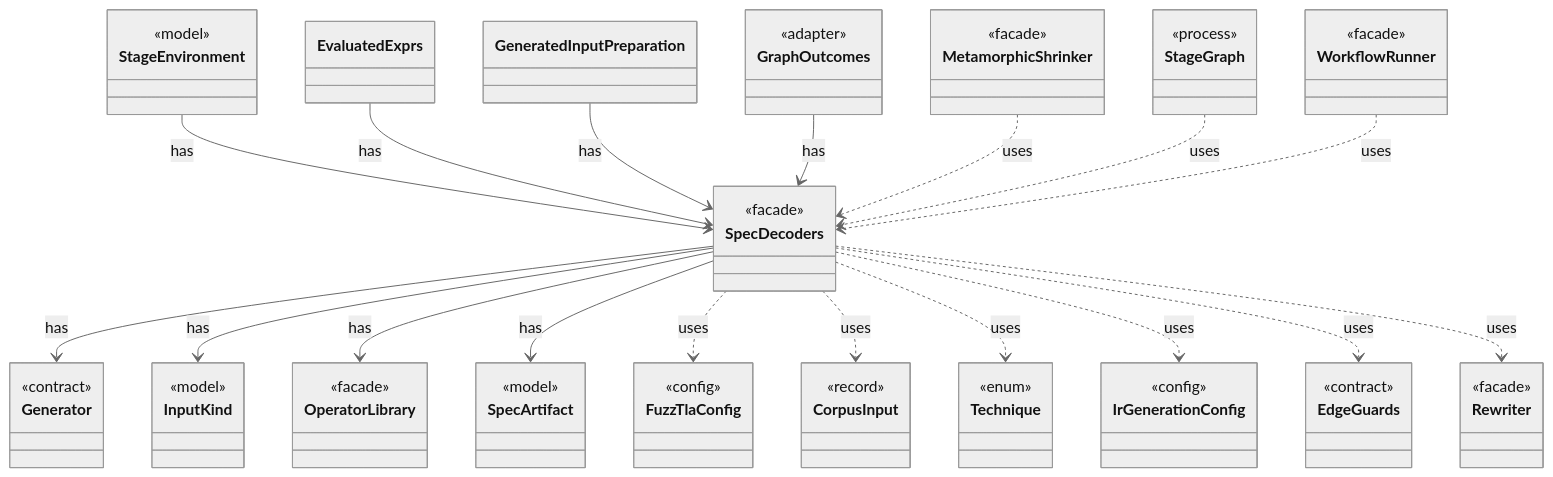
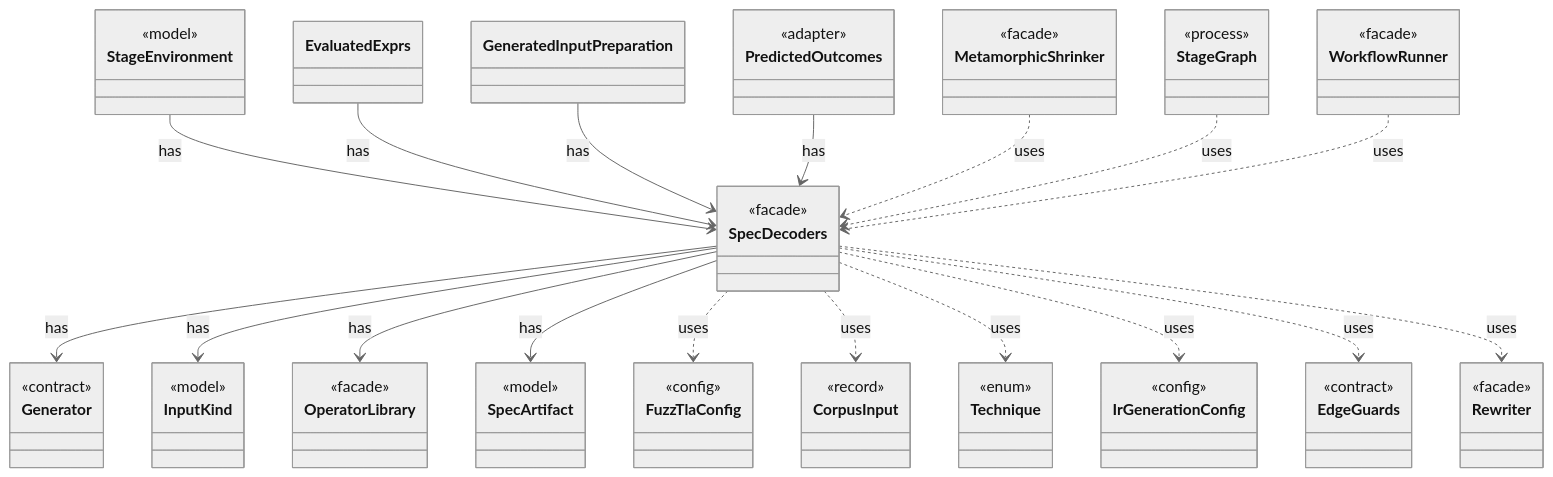
Before and after one commit to tlaplus/model-checker-hardening: the diagram in dev/types/io.github.tlaplus.hardening.workflow.spec.SpecDecoders.md, drawn with Mermaid (neutral theme). The commit also changed other lines of this file and 454 other files, not shown here.

````diff
--- a/dev/types/io.github.tlaplus.hardening.workflow.spec.SpecDecoders.md
+++ b/dev/types/io.github.tlaplus.hardening.workflow.spec.SpecDecoders.md
@@ -7,70 +7,70 @@
 ```mermaid
 classDiagram
   class SpecDecoders {
     <<facade>>
   }
   class Generator {
     <<contract>>
   }
   class InputKind {
     <<model>>
   }
   class OperatorLibrary {
     <<facade>>
   }
   class SpecArtifact {
     <<model>>
   }
   class StageEnvironment {
     <<model>>
   }
   class EvaluatedExprs
   class GeneratedInputPreparation
-  class GraphOutcomes {
+  class PredictedOutcomes {
     <<adapter>>
   }
   class FuzzTlaConfig {
     <<config>>
   }
   class CorpusInput {
     <<record>>
   }
   class Technique {
     <<enum>>
   }
   class IrGenerationConfig {
     <<config>>
   }
   class EdgeGuards {
     <<contract>>
   }
   class Rewriter {
     <<facade>>
   }
   class MetamorphicShrinker {
     <<facade>>
   }
   class StageGraph {
     <<process>>
   }
   class WorkflowRunner {
     <<facade>>
   }
   SpecDecoders --> Generator : has
   SpecDecoders --> InputKind : has
   SpecDecoders --> OperatorLibrary : has
   SpecDecoders --> SpecArtifact : has
   StageEnvironment --> SpecDecoders : has
   EvaluatedExprs --> SpecDecoders : has
   GeneratedInputPreparation --> SpecDecoders : has
-  GraphOutcomes --> SpecDecoders : has
+  PredictedOutcomes --> SpecDecoders : has
   SpecDecoders ..> FuzzTlaConfig : uses
   SpecDecoders ..> CorpusInput : uses
   SpecDecoders ..> Technique : uses
   SpecDecoders ..> IrGenerationConfig : uses
   SpecDecoders ..> EdgeGuards : uses
   SpecDecoders ..> Rewriter : uses
   MetamorphicShrinker ..> SpecDecoders : uses
   StageGraph ..> SpecDecoders : uses
   WorkflowRunner ..> SpecDecoders : uses
 ```
````
